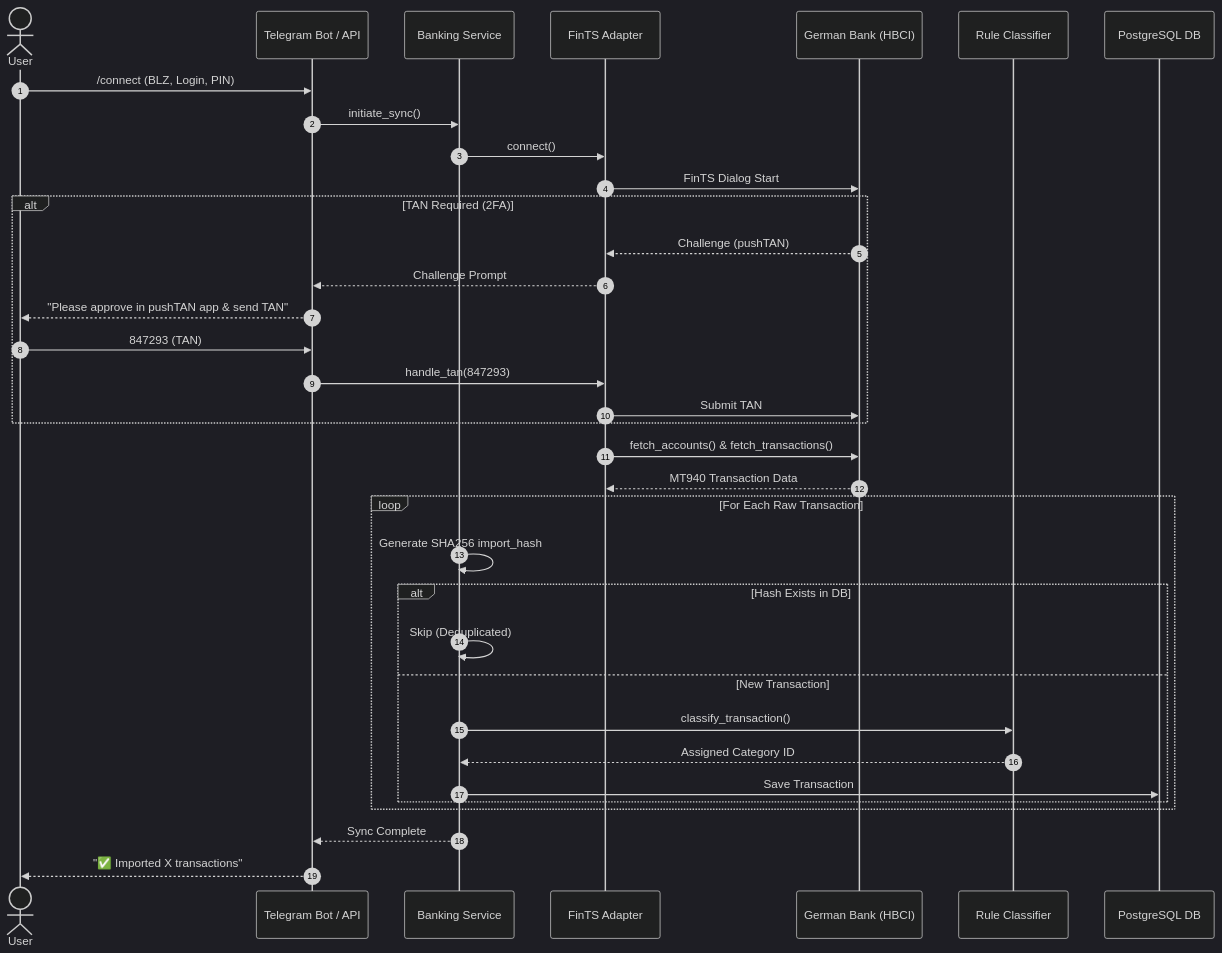
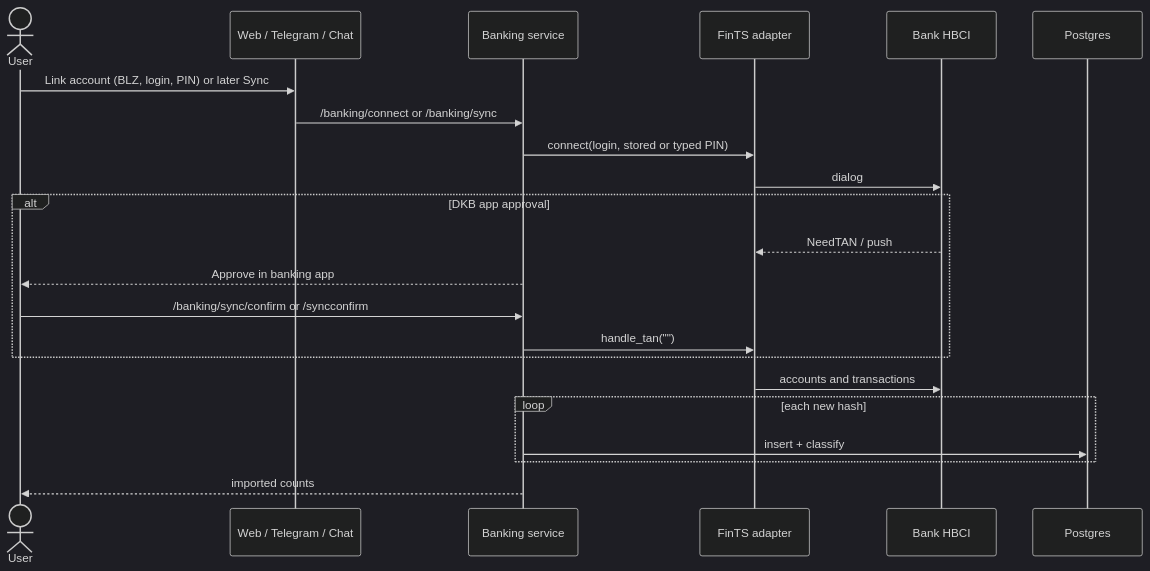
One commit to andretheile/savingstracker changed the second of 2 diagrams in ARCHITECTURE.md. Above: the diagram before and after it, drawn with Mermaid (dark theme). The commit also changed other lines of this file and 3 other files, not shown here.

First line of the commit message:
docs: rewrite README and architecture to match the live app

````diff
--- a/ARCHITECTURE.md
+++ b/ARCHITECTURE.md
@@ -182,38 +123,25 @@
 ```mermaid
 sequenceDiagram
-    autonumber
     actor User
-    participant Bot as Telegram Bot / API
-    participant BankSvc as Banking Service
-    participant Adapter as FinTS Adapter
-    participant Bank as German Bank (HBCI)
-    participant Classifier as Rule Classifier
-    participant DB as PostgreSQL DB
+    participant UI as Web / Telegram / Chat
+    participant API as Banking service
+    participant FinTS as FinTS adapter
+    participant Bank as Bank HBCI
+    participant DB as Postgres
 
-    User->>Bot: /connect (BLZ, Login, PIN)
-    Bot->>BankSvc: initiate_sync()
-    BankSvc->>Adapter: connect()
-    Adapter->>Bank: FinTS Dialog Start
-    alt TAN Required (2FA)
-        Bank-->>Adapter: Challenge (pushTAN)
-        Adapter-->>Bot: Challenge Prompt
-        Bot-->>User: "Please approve in pushTAN app & send TAN"
-        User->>Bot: 847293 (TAN)
-        Bot->>Adapter: handle_tan(847293)
-        Adapter->>Bank: Submit TAN
+    User->>UI: Link account (BLZ, login, PIN) or later Sync
+    UI->>API: /banking/connect or /banking/sync
+    API->>FinTS: connect(login, stored or typed PIN)
+    FinTS->>Bank: dialog
+    alt DKB app approval
+        Bank-->>FinTS: NeedTAN / push
+        API-->>User: Approve in banking app
+        User->>API: /banking/sync/confirm or /syncconfirm
+        API->>FinTS: handle_tan("")
     end
-    Adapter->>Bank: fetch_accounts() & fetch_transactions()
-    Bank-->>Adapter: MT940 Transaction Data
-    loop For Each Raw Transaction
-        BankSvc->>BankSvc: Generate SHA256 import_hash
-        alt Hash Exists in DB
-            BankSvc->>BankSvc: Skip (Deduplicated)
-        else New Transaction
-            BankSvc->>Classifier: classify_transaction()
-            Classifier-->>BankSvc: Assigned Category ID
-            BankSvc->>DB: Save Transaction
-        end
+    FinTS->>Bank: accounts and transactions
+    loop each new hash
+        API->>DB: insert + classify
     end
-    BankSvc-->>Bot: Sync Complete
-    Bot-->>User: "✅ Imported X transactions"
+    API-->>User: imported counts
 ```
````
